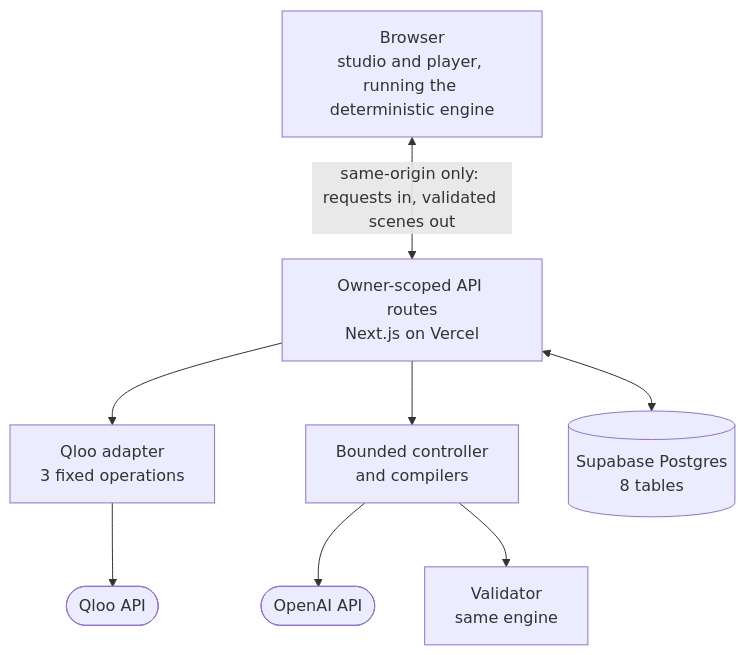
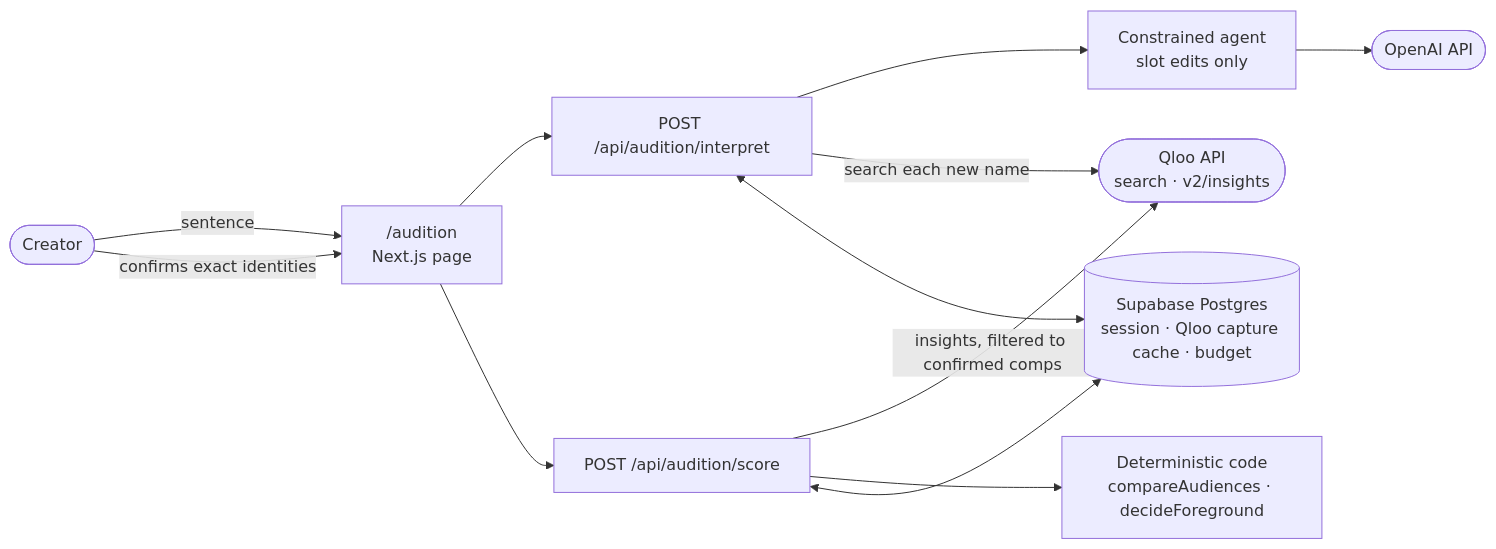
The diagram in README.md (Asembris/FirstPlayable), drawn with Mermaid before and after one commit. The commit also changed other lines of this file and 1 other file, not shown here.

Commit message:
Rewrite README around the audience comp audition

````diff
--- a/README.md
+++ b/README.md
@@ -159,17 +140,20 @@
 ```mermaid
-flowchart TB
-    Browser["Browser<br/>studio and player, running the deterministic engine"]
-    Routes["Owner-scoped API routes<br/>Next.js on Vercel"]
-    QlooAdapter["Qloo adapter<br/>3 fixed operations"]
-    Controller["Bounded controller<br/>and compilers"]
-    DB[("Supabase Postgres<br/>8 tables")]
-    Qloo(["Qloo API"])
+flowchart LR
+    Creator(["Creator"])
+    UI["/audition<br/>Next.js page"]
+    Interpret["POST /api/audition/interpret"]
+    Score["POST /api/audition/score"]
+    Agent["Constrained agent<br/>slot edits only"]
+    Compare["Deterministic code<br/>compareAudiences · decideForeground"]
+    Qloo(["Qloo API<br/>search · v2/insights"])
     OpenAI(["OpenAI API"])
-    Validator["Validator<br/>same engine"]
+    DB[("Supabase Postgres<br/>session · Qloo capture cache · budget")]
 
-    Browser <-->|"same-origin only: requests in, validated scenes out"| Routes
-    Routes --> QlooAdapter --> Qloo
-    Routes --> Controller --> OpenAI
-    Controller --> Validator
-    Routes <--> DB
+    Creator -->|"sentence"| UI --> Interpret --> Agent --> OpenAI
+    Interpret -->|"search each new name"| Qloo
+    Creator -->|"confirms exact identities"| UI --> Score
+    Score -->|"insights, filtered to confirmed comps"| Qloo
+    Score --> Compare
+    Interpret <--> DB
+    Score <--> DB
 ```
````
